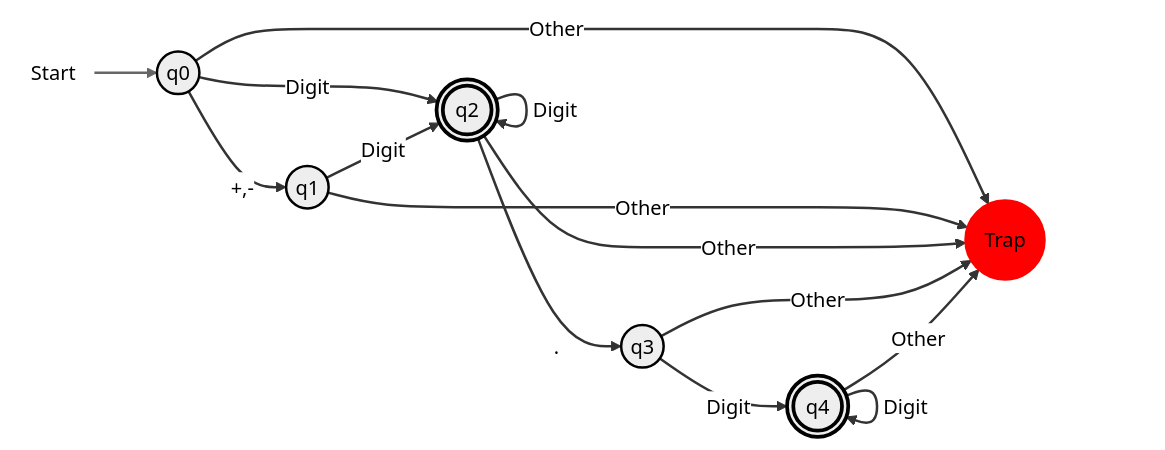
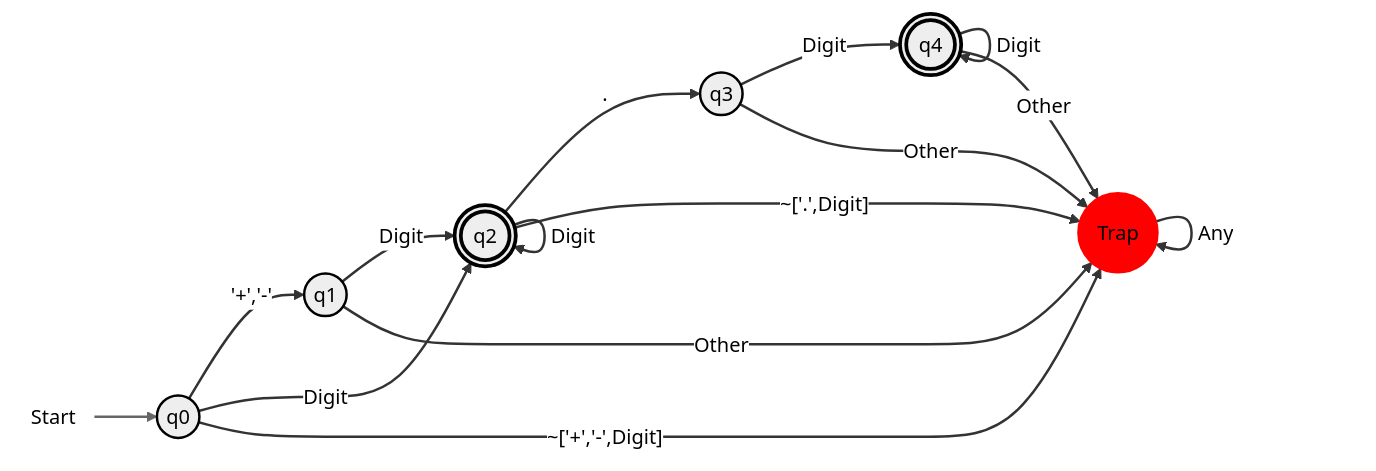
One commit to CS-Tiny-Compiler/a-tiny-compiler changed the second of 9 diagrams in docs/DFA.md. Above: the diagram before and after it, drawn with Mermaid (neutral theme). The commit also changed other lines of this file, not shown here.

Commit message:
Edited DFA of number

````diff
--- a/docs/DFA.md
+++ b/docs/DFA.md
@@ -27,30 +28,36 @@
 ```mermaid
 flowchart LR
   start(((Start))):::startNode --> q0(("q0")):::normal
   
-  q0 --> |"+,-"| q1(("q1")):::normal
+  q0 --> |"'+','-'"| q1(("q1")):::normal
   q0 --> |Digit| q2((("q2"))):::finalState
-  q0 --> |Other| trap((("Trap"))):::trap
-  
+  q0 --> |"~['+','-',Digit]"| trap((("Trap"))):::trap
+
   q1 --> |Digit| q2
+   
   q1 --> |Other| trap
-  
+
+  q2 --> |"."| q3(("q3")):::normal
+  q2 --> |"~['.',Digit]"| trap
   q2 --> |Digit| q2
-  q2 --> |"."| q3(("q3")):::normal
-  q2 --> |Other| trap
-  
+
   q3 --> |Digit| q4((("q4"))):::finalState
   q3 --> |Other| trap
-  
+    
   q4 --> |Digit| q4
   q4 --> |Other| trap
+
+  trap --> |Any| trap
+  
+
+
 
   classDef startNode fill:none,stroke:none;
   classDef normal stroke:#000,stroke-width:2px;
   classDef finalState stroke:#000,stroke-width:3px;
   classDef trap fill:#f00,stroke:#f00,stroke-width:2px;
 
   linkStyle 0 stroke-width:2px;
-  linkStyle 1,2,3,4,5,6,7,8,9,10,11,12 stroke:#333,stroke-width:2px,fill:none;
+  linkStyle 1,2,3,4,5,6,7,8,9,10,11,12,13 stroke:#333,stroke-width:2px,fill:none;
 
 ```
````
